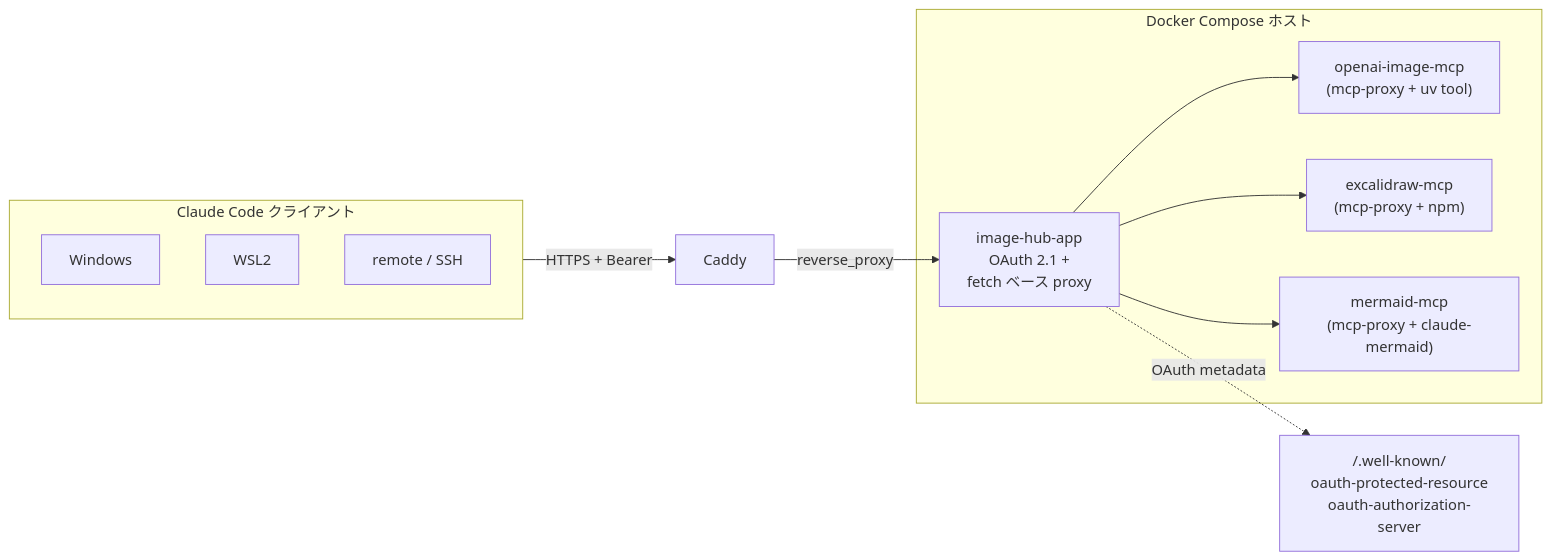
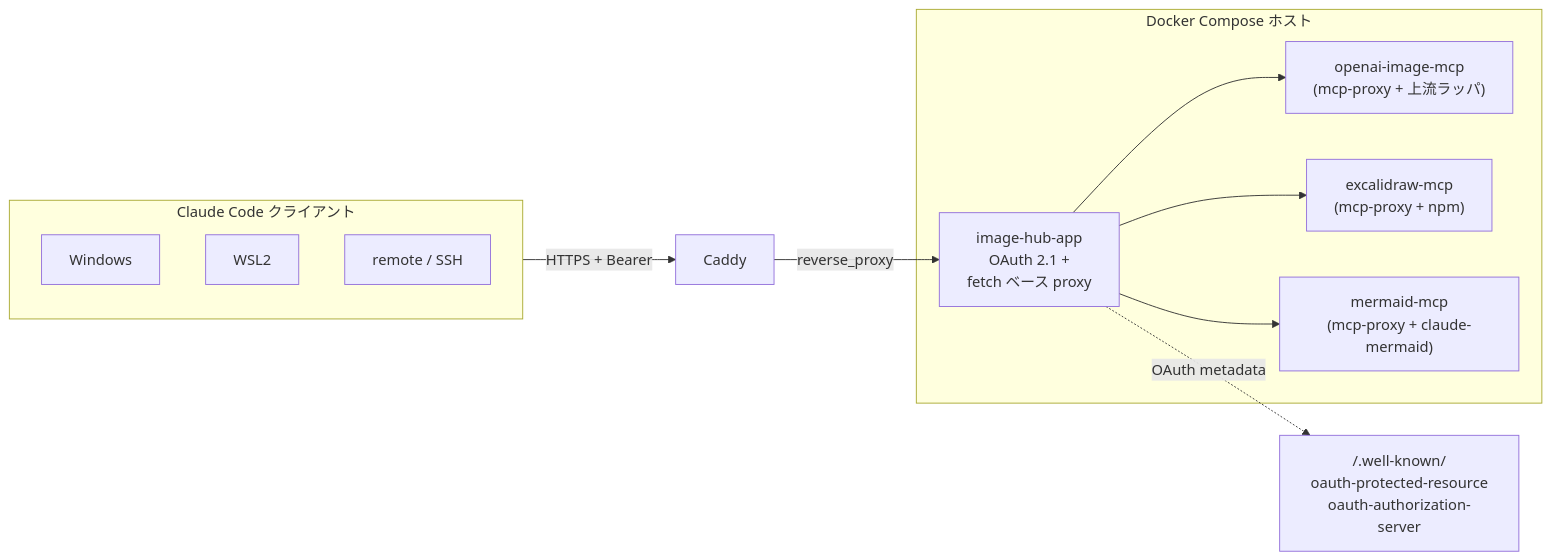
Before and after one commit to kitepon-rgb/image-generator: the diagram in README.ja.md, drawn with Mermaid. The commit also changed other lines of this file and 8 other files, not shown here.

First line of the commit message:
feat(openai-image): upstream を HermesAgent ラッパへ切替 (OpenAI 課金経路を撤去)

````diff
--- a/README.ja.md
+++ b/README.ja.md
@@ -69,17 +69,17 @@
 ```mermaid
 flowchart LR
     subgraph clients["Claude Code クライアント"]
         C1[Windows]
         C2[WSL2]
         C3[remote / SSH]
     end
     clients -->|HTTPS + Bearer| caddy[Caddy]
     caddy -->|reverse_proxy| hub
     subgraph host["Docker Compose ホスト"]
         hub[image-hub-app<br/>OAuth 2.1 +<br/>fetch ベース proxy]
-        hub --> oai["openai-image-mcp<br/>(mcp-proxy + uv tool)"]
+        hub --> oai["openai-image-mcp<br/>(mcp-proxy + 上流ラッパ)"]
         hub --> exc["excalidraw-mcp<br/>(mcp-proxy + npm)"]
         hub --> mer["mermaid-mcp<br/>(mcp-proxy + claude-mermaid)"]
     end
     hub -.OAuth metadata.-> meta["/.well-known/<br/>oauth-protected-resource<br/>oauth-authorization-server"]
 ```
````
